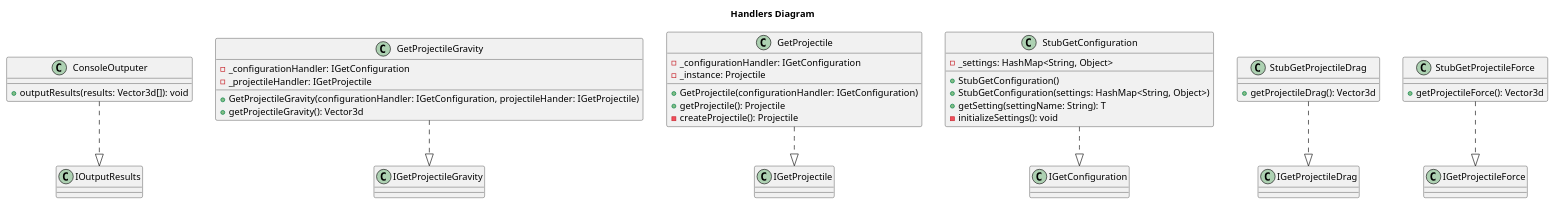
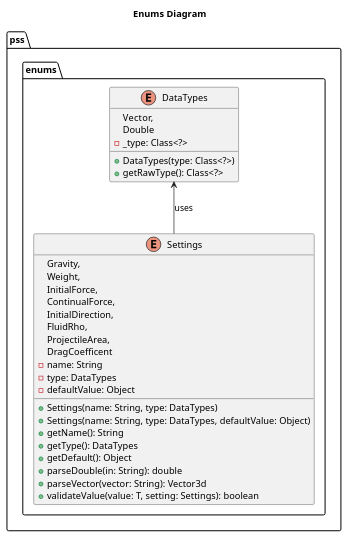
Before and after one commit to katanallama/projectile-simulation-suite: the fifth of 8 diagrams in docs/res/design.org, drawn with PlantUML. The commit also changed other lines of this file and 12 other files, not shown here.

```diff
--- a/docs/res/design.org
+++ b/docs/res/design.org
@@ -98,47 +237,40 @@
-#+begin_src plantuml :file handlers.png
+#+begin_src plantuml :file enums.png
 @startuml
-title Handlers Diagram
+title Enums Diagram
 
-class "ConsoleOutputer" as ConsoleOutputer {
-    +outputResults(results: Vector3d[]): void
+package pss.enums {
+    enum "DataTypes" {
+        Vector,
+        Double
+        -_type: Class<?>
+        +DataTypes(type: Class<?>)
+        +getRawType(): Class<?>
+    }
+
+    enum "Settings" {
+        Gravity,
+        Weight,
+        InitialForce,
+        ContinualForce,
+        InitialDirection,
+        FluidRho,
+        ProjectileArea,
+        DragCoefficent
+        -name: String
+        -type: DataTypes
+        -defaultValue: Object
+        +Settings(name: String, type: DataTypes)
+        +Settings(name: String, type: DataTypes, defaultValue: Object)
+        +getName(): String
+        +getType(): DataTypes
+        +getDefault(): Object
+        +parseDouble(in: String): double
+        +parseVector(vector: String): Vector3d
+        +validateValue(value: T, setting: Settings): boolean
+    }
 }
-ConsoleOutputer ..|> IOutputResults
 
-class "GetProjectileGravity" as GetProjectileGravity {
-    -_configurationHandler: IGetConfiguration
-    -_projectileHandler: IGetProjectile
-    +GetProjectileGravity(configurationHandler: IGetConfiguration, projectileHander: IGetProjectile)
-    +getProjectileGravity(): Vector3d
-}
-GetProjectileGravity ..|> IGetProjectileGravity
-
-class "GetProjectile" as GetProjectile {
-    -_configurationHandler: IGetConfiguration
-    -_instance: Projectile
-    +GetProjectile(configurationHandler: IGetConfiguration)
-    +getProjectile(): Projectile
-    -createProjectile(): Projectile
-}
-GetProjectile ..|> IGetProjectile
-
-class "StubGetConfiguration" as StubGetConfiguration {
-    -_settings: HashMap<String, Object>
-    +StubGetConfiguration()
-    +StubGetConfiguration(settings: HashMap<String, Object>)
-    +getSetting(settingName: String): T
-    -initializeSettings(): void
-}
-StubGetConfiguration ..|> IGetConfiguration
-
-class "StubGetProjectileDrag" as StubGetProjectileDrag {
-    +getProjectileDrag(): Vector3d
-}
-StubGetProjectileDrag ..|> IGetProjectileDrag
-
-class "StubGetProjectileForce" as StubGetProjectileForce {
-    +getProjectileForce(): Vector3d
-}
-StubGetProjectileForce ..|> IGetProjectileForce
+DataTypes <-- Settings: uses
 
 @enduml
 #+end_src
```
